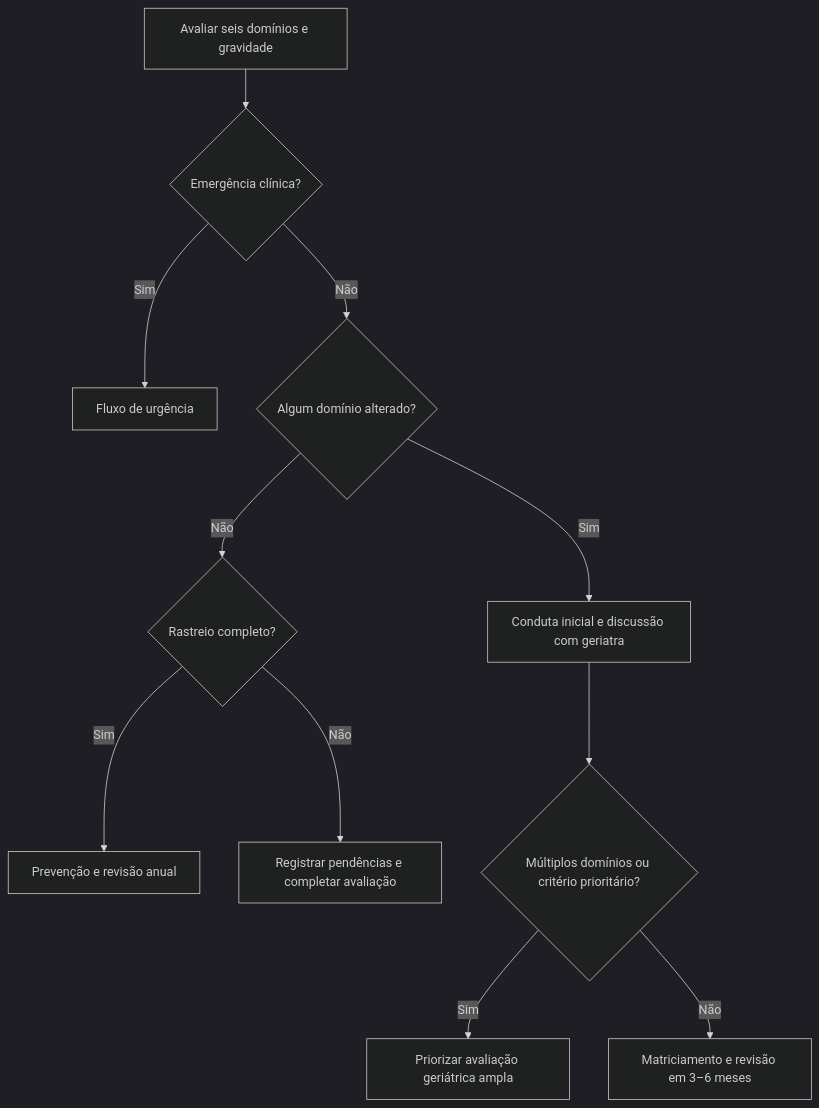
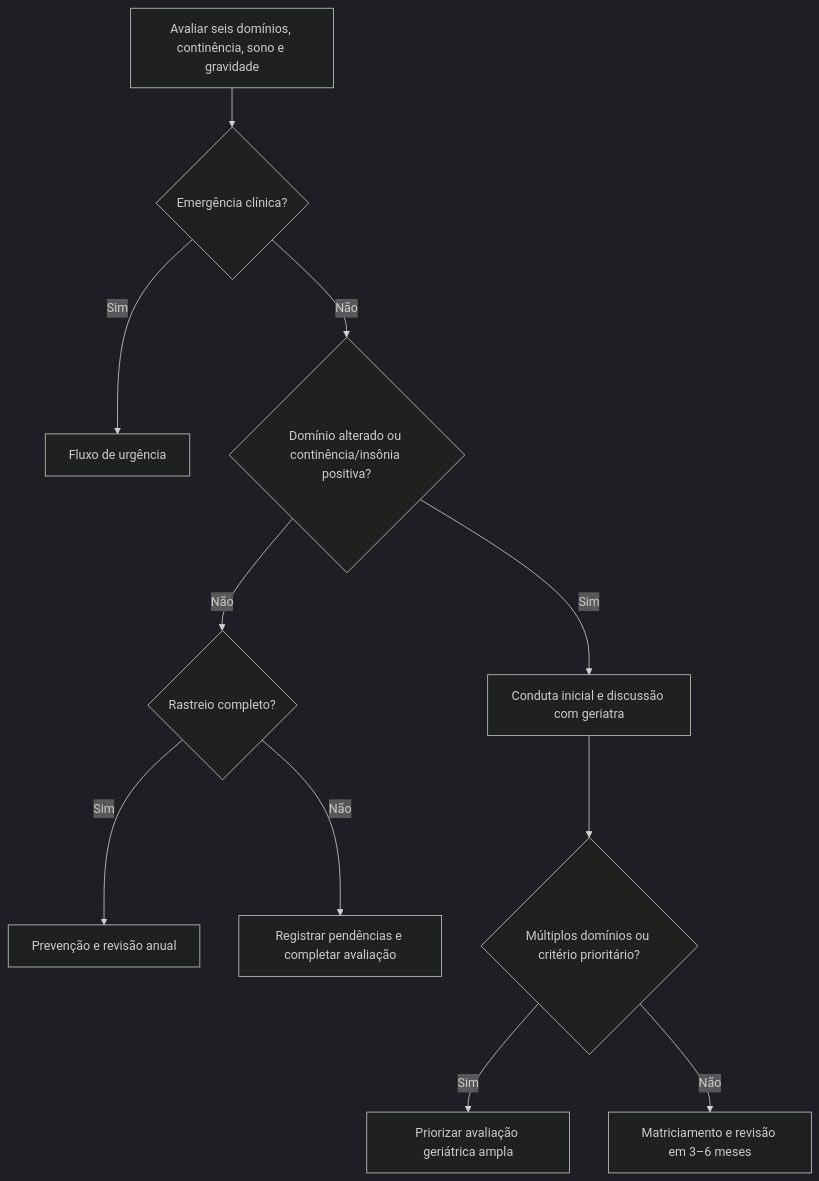
The diagram in docs/projeto-saude-da-familia.md (natimn4-dev/Prontuario), drawn with Mermaid (dark theme) before and after one commit. The commit also changed other lines of this file and 1 other file, not shown here.

Commit message:
docs: inclui continência e insônia no fluxo geriátrico v1.4

````diff
--- a/docs/projeto-saude-da-familia.md
+++ b/docs/projeto-saude-da-familia.md
@@ -46,13 +47,13 @@
 ```mermaid
 flowchart TD
- A["Avaliar seis domínios e gravidade"] --> B{"Emergência clínica?"}
+ A["Avaliar seis domínios, continência, sono e gravidade"] --> B{"Emergência clínica?"}
  B -->|Sim| U["Fluxo de urgência"]
- B -->|Não| C{"Algum domínio alterado?"}
+ B -->|Não| C{"Domínio alterado ou continência/insônia positiva?"}
  C -->|Sim| D["Conduta inicial e discussão com geriatra"]
  C -->|Não| E{"Rastreio completo?"}
  E -->|Sim| F["Prevenção e revisão anual"]
  E -->|Não| G["Registrar pendências e completar avaliação"]
  D --> H{"Múltiplos domínios ou critério prioritário?"}
  H -->|Sim| I["Priorizar avaliação geriátrica ampla"]
  H -->|Não| J["Matriciamento e revisão em 3–6 meses"]
 ```
````
